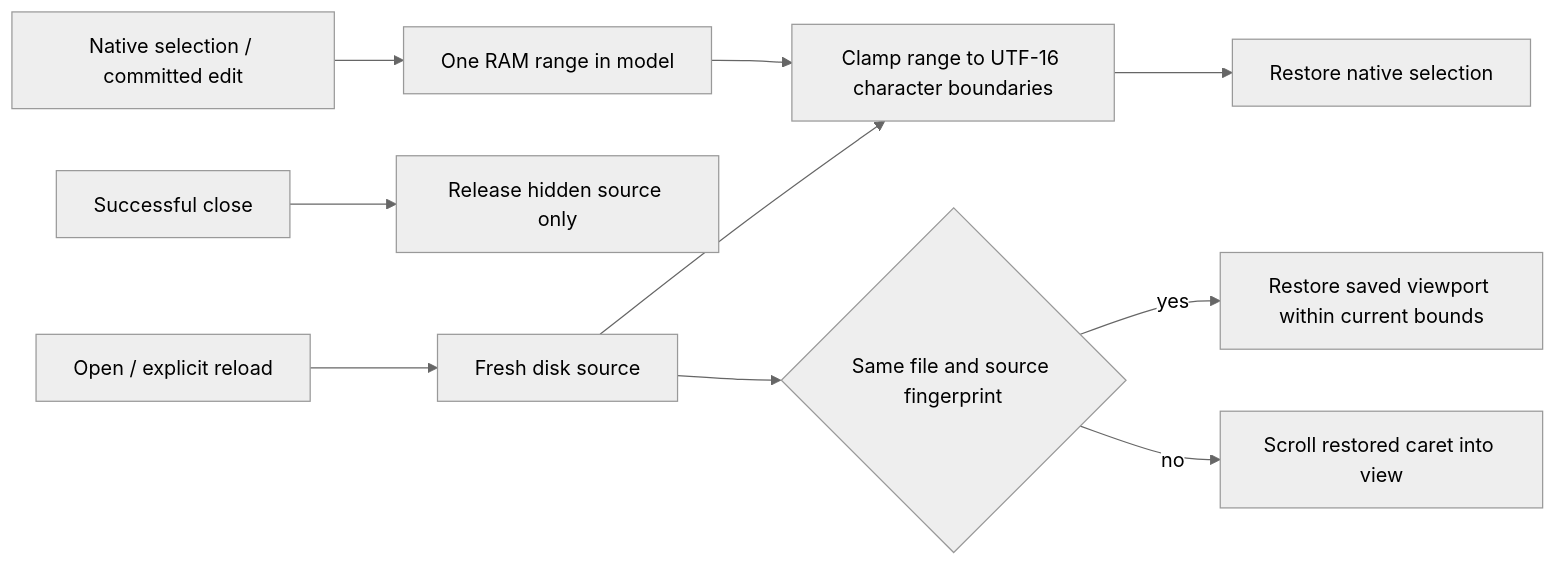
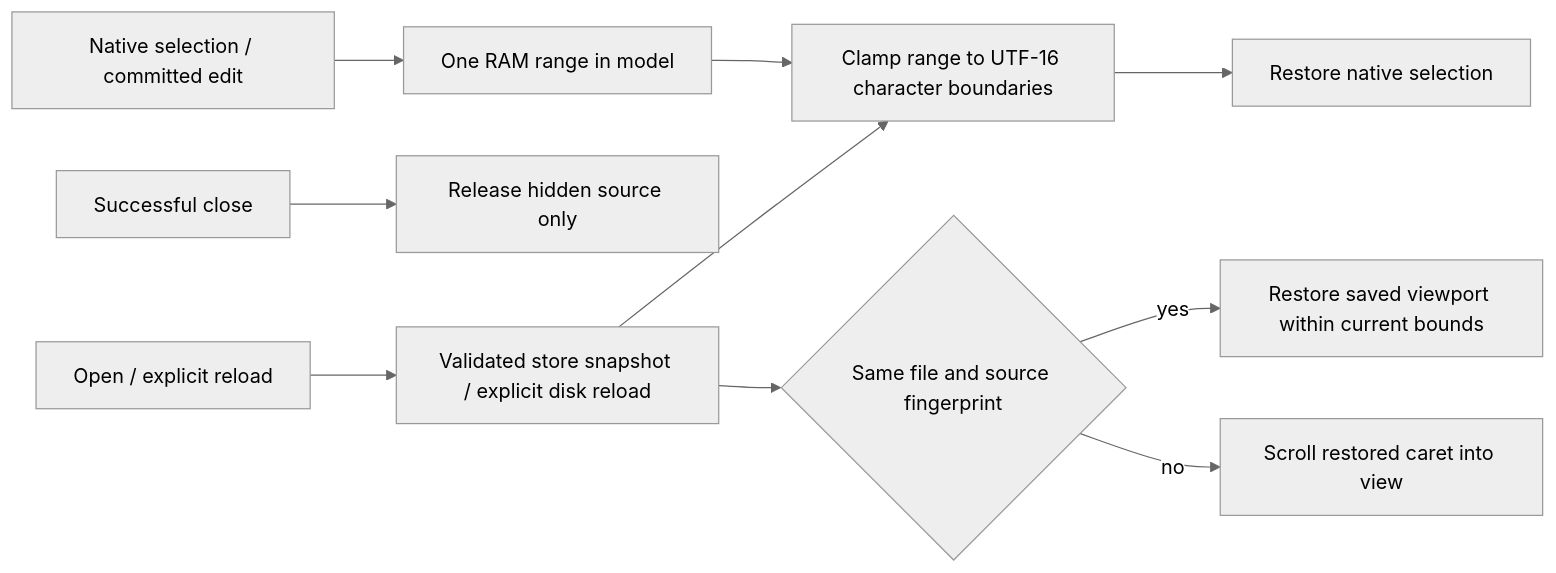
Before and after one commit to yihehe/scribbit: the second of 2 diagrams in Docs/NATIVE-EDITOR.md, drawn with Mermaid (neutral theme). The commit also changed other lines of this file and 18 other files, not shown here.

````diff
--- a/Docs/NATIVE-EDITOR.md
+++ b/Docs/NATIVE-EDITOR.md
@@ -119,12 +121,12 @@
 ```mermaid
 flowchart LR
     Native[Native selection / committed edit] --> Position[One RAM range in model]
     Close[Successful close] --> Release[Release hidden source only]
-    Open[Open / explicit reload] --> Disk[Fresh disk source]
+    Open[Open / explicit reload] --> Disk[Validated store snapshot / explicit disk reload]
     Disk --> Clamp[Clamp range to UTF-16 character boundaries]
     Position --> Clamp
     Clamp --> Restore[Restore native selection]
     Disk --> Match{Same file and source fingerprint}
     Match -->|yes| Viewport[Restore saved viewport within current bounds]
     Match -->|no| Caret[Scroll restored caret into view]
 ```
````
